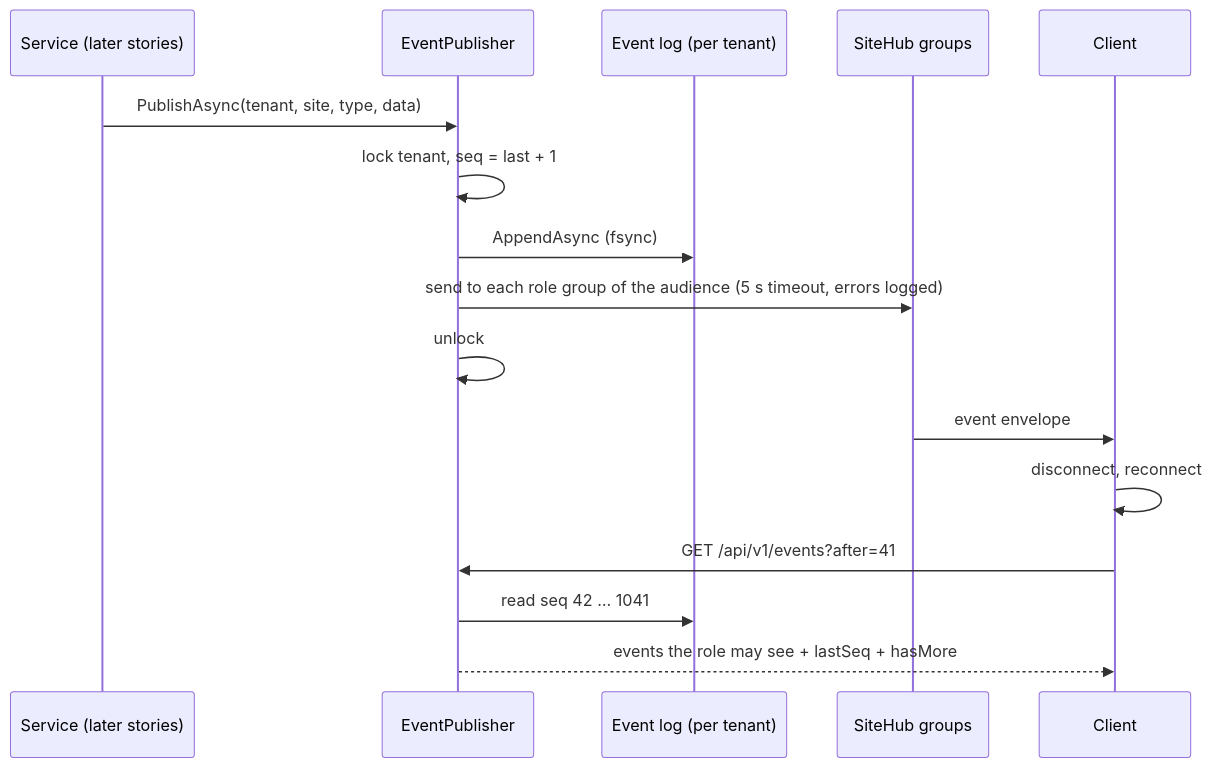
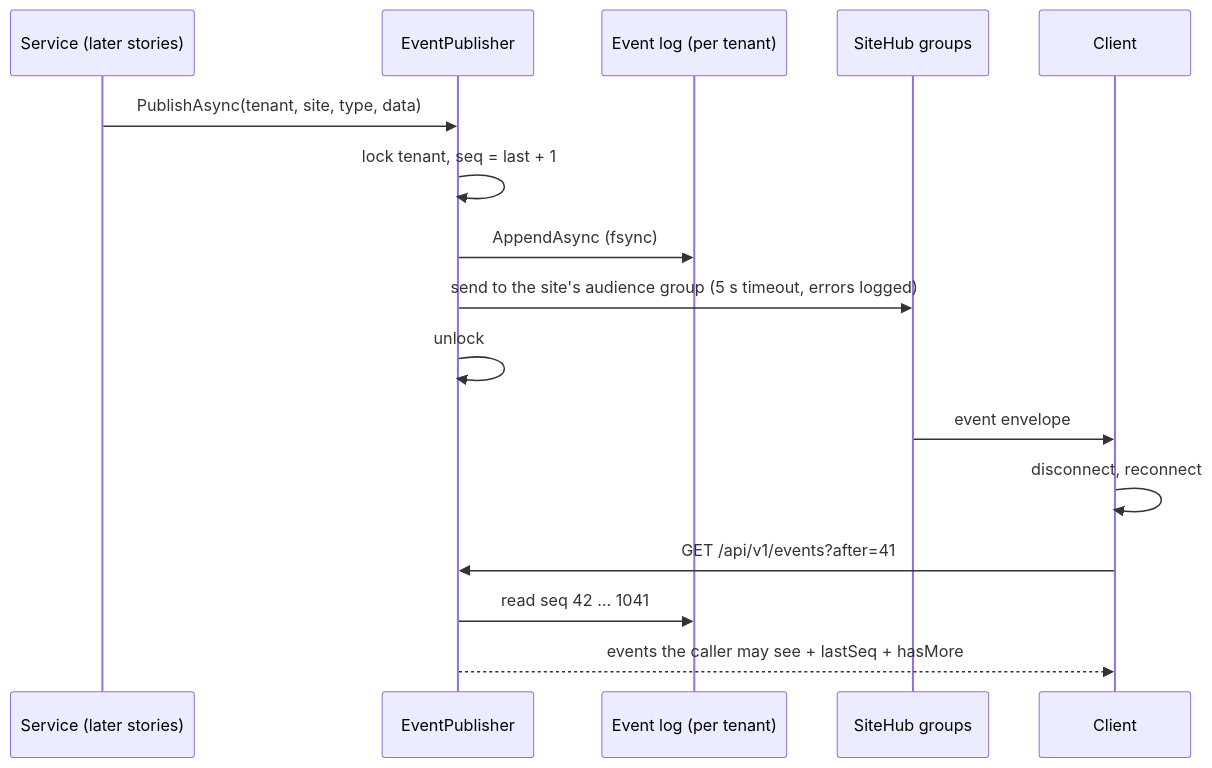
One commit to NotThaDev/SiteSense changed the second of 2 diagrams in docs/plans/SS-35-realtime.md. Above: the diagram before and after it, drawn with Mermaid. The commit also changed other lines of this file, not shown here.

Commit message:
docs(plan): SS-35 audience by named policy (Q108)

````diff
--- a/docs/plans/SS-35-realtime.md
+++ b/docs/plans/SS-35-realtime.md
@@ -58,18 +58,18 @@
 ```mermaid
 sequenceDiagram
   participant S as Service (later stories)
   participant P as EventPublisher
   participant L as Event log (per tenant)
   participant H as SiteHub groups
   participant C as Client
   S->>P: PublishAsync(tenant, site, type, data)
   P->>P: lock tenant, seq = last + 1
   P->>L: AppendAsync (fsync)
-  P->>H: send to each role group of the audience (5 s timeout, errors logged)
+  P->>H: send to the site's audience group (5 s timeout, errors logged)
   P->>P: unlock
   H->>C: event envelope
   C->>C: disconnect, reconnect
   C->>P: GET /api/v1/events?after=41
   P->>L: read seq 42 … 1041
-  P-->>C: events the role may see + lastSeq + hasMore
+  P-->>C: events the caller may see + lastSeq + hasMore
 ```
````
